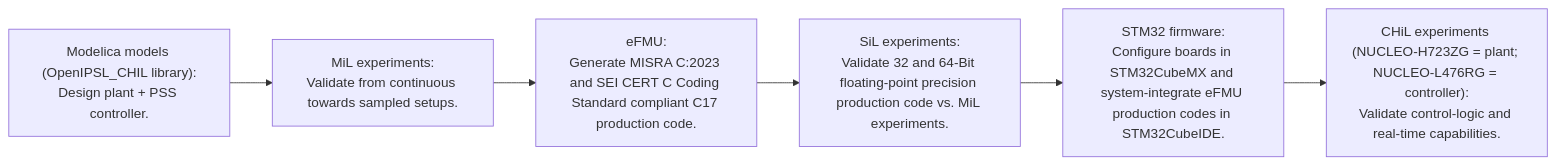
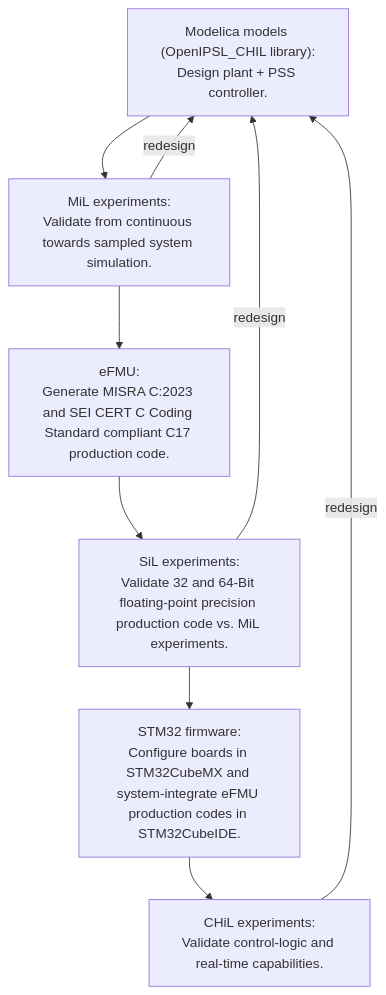
One commit to ALSETLab/efmi-pss-use-case changed the diagram in README.md. Above: the diagram before and after it, drawn with Mermaid. The commit also changed other lines of this file, not shown here.

Commit message:
Improved overview and workflow disgram.

````diff
--- a/README.md
+++ b/README.md
@@ -39,8 +35,11 @@
 ```mermaid
-flowchart LR
-  A["Modelica models (OpenIPSL_CHIL library):<br/>Design plant + PSS controller."] --> B["MiL experiments:<br/>Validate from continuous towards sampled setups."]
+flowchart TD
+  A["Modelica models (OpenIPSL_CHIL library):<br/>Design plant + PSS controller."] --> B["MiL experiments:<br/>Validate from continuous towards sampled system simulation."]
+  B -- redesign --> A
   B --> C["eFMU:<br/>Generate MISRA C:2023 and SEI CERT C Coding Standard compliant C17 production code."]
   C --> D["SiL experiments:<br/>Validate 32 and 64-Bit floating-point precision production code vs. MiL experiments."]
+  D -- redesign --> A
   D --> E["STM32 firmware:<br/>Configure boards in STM32CubeMX and system-integrate eFMU production codes in STM32CubeIDE."]
-  E --> F["CHiL experiments (NUCLEO-H723ZG = plant; NUCLEO-L476RG = controller):<br/>Validate control-logic and real-time capabilities."]
+  E --> F["CHiL experiments:<br/>Validate control-logic and real-time capabilities."]
+  F -- redesign --> A
 ```
````
